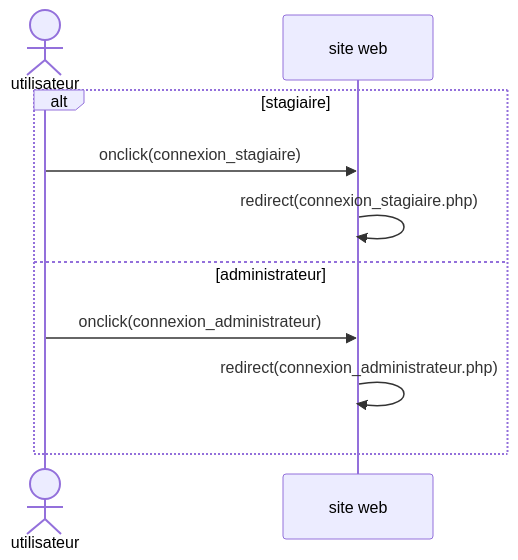
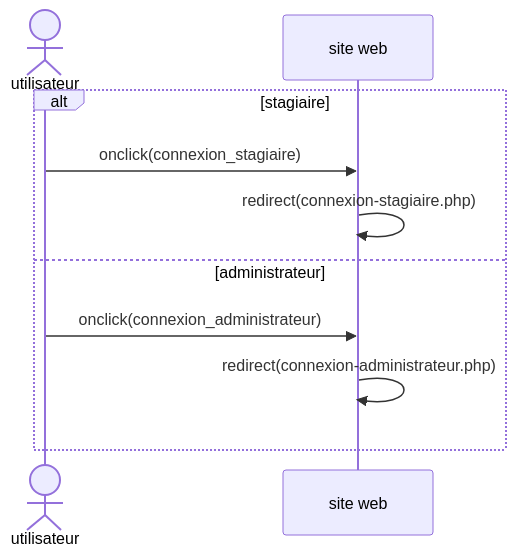
One commit to idlli/E-Campus changed the second of 2 diagrams in uml/authentification/connexion.md. Above: the diagram before and after it, drawn with Mermaid.

````diff
--- a/uml/authentification/connexion.md
+++ b/uml/authentification/connexion.md
@@ -11,12 +11,12 @@
 ```mermaid
 sequenceDiagram
     actor utilisateur
     participant site as site web
     alt stagiaire
         utilisateur ->> site : onclick(connexion_stagiaire)
-        site ->> site : redirect(connexion_stagiaire.php)
+        site ->> site : redirect(connexion-stagiaire.php)
     else administrateur
         utilisateur ->> site : onclick(connexion_administrateur)
-        site ->> site : redirect(connexion_administrateur.php)
+        site ->> site : redirect(connexion-administrateur.php)
     end
 ```
````
